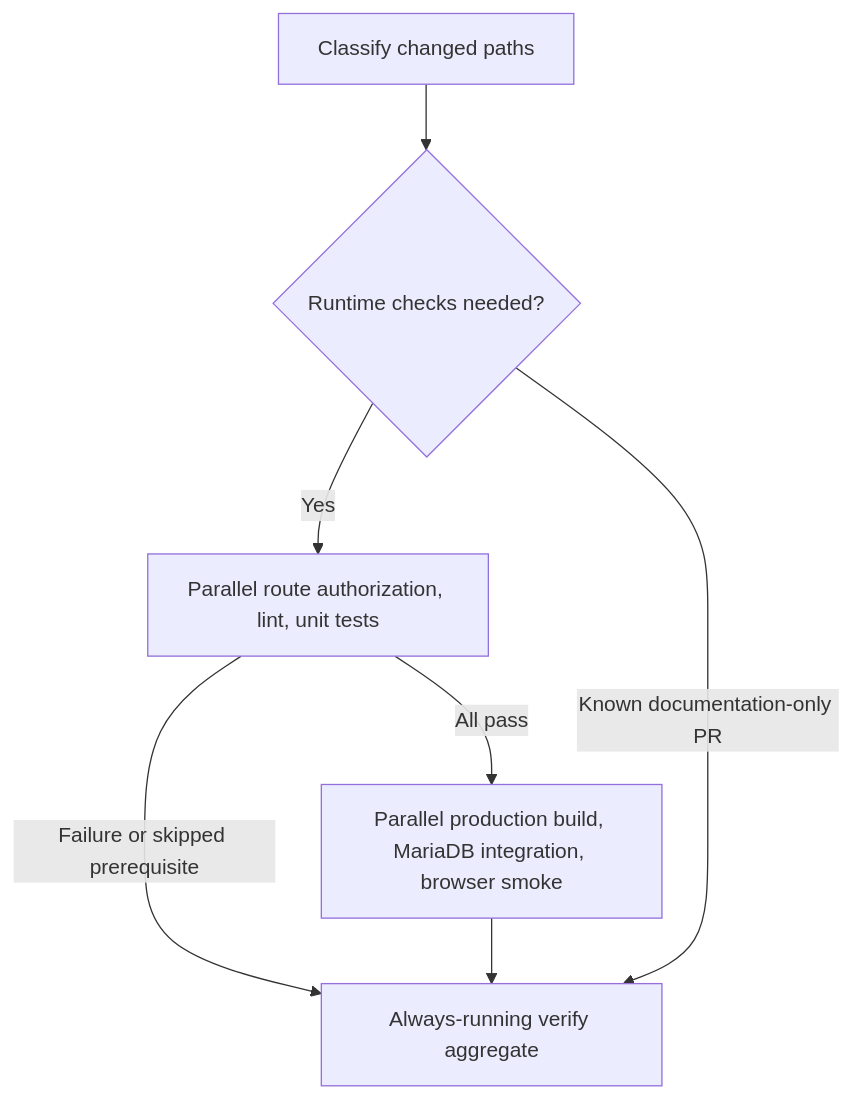
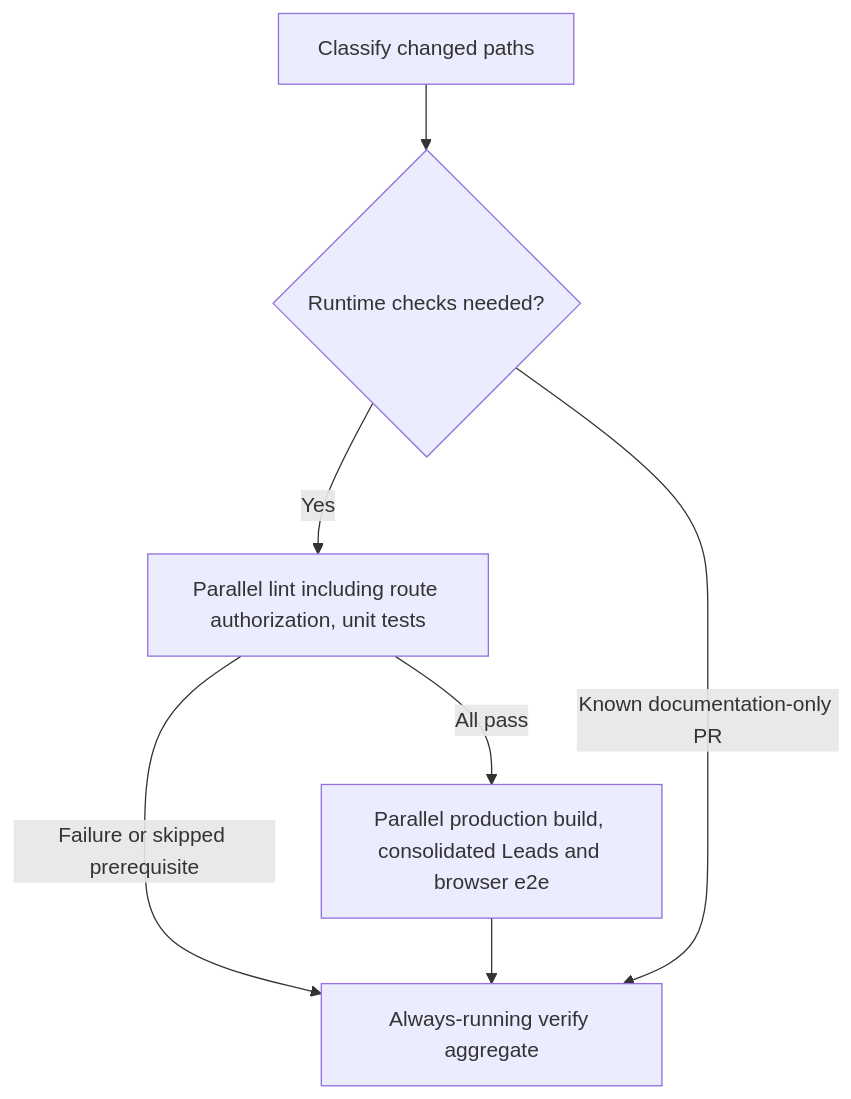
The diagram in docs/explanations/TWENTY_TESTING_ADOPTION.md (tzevk/accent), drawn with Mermaid before and after one commit. The commit also changed other lines of this file and 38 other files, not shown here.

First line of the commit message:
ci: consolidate route lint and end-to-end checks

````diff
--- a/docs/explanations/TWENTY_TESTING_ADOPTION.md
+++ b/docs/explanations/TWENTY_TESTING_ADOPTION.md
@@ -137,9 +137,9 @@
 ```mermaid
 flowchart TD
   changes[Classify changed paths] --> scope{Runtime checks needed?}
-  scope -->|Yes| fast[Parallel route authorization, lint, unit tests]
-  fast -->|All pass| runtime[Parallel production build, MariaDB integration, browser smoke]
+  scope -->|Yes| fast[Parallel lint including route authorization, unit tests]
+  fast -->|All pass| runtime[Parallel production build, consolidated Leads and browser e2e]
   fast -->|Failure or skipped prerequisite| verify[Always-running verify aggregate]
   runtime --> verify
   scope -->|Known documentation-only PR| verify
 ```
````
